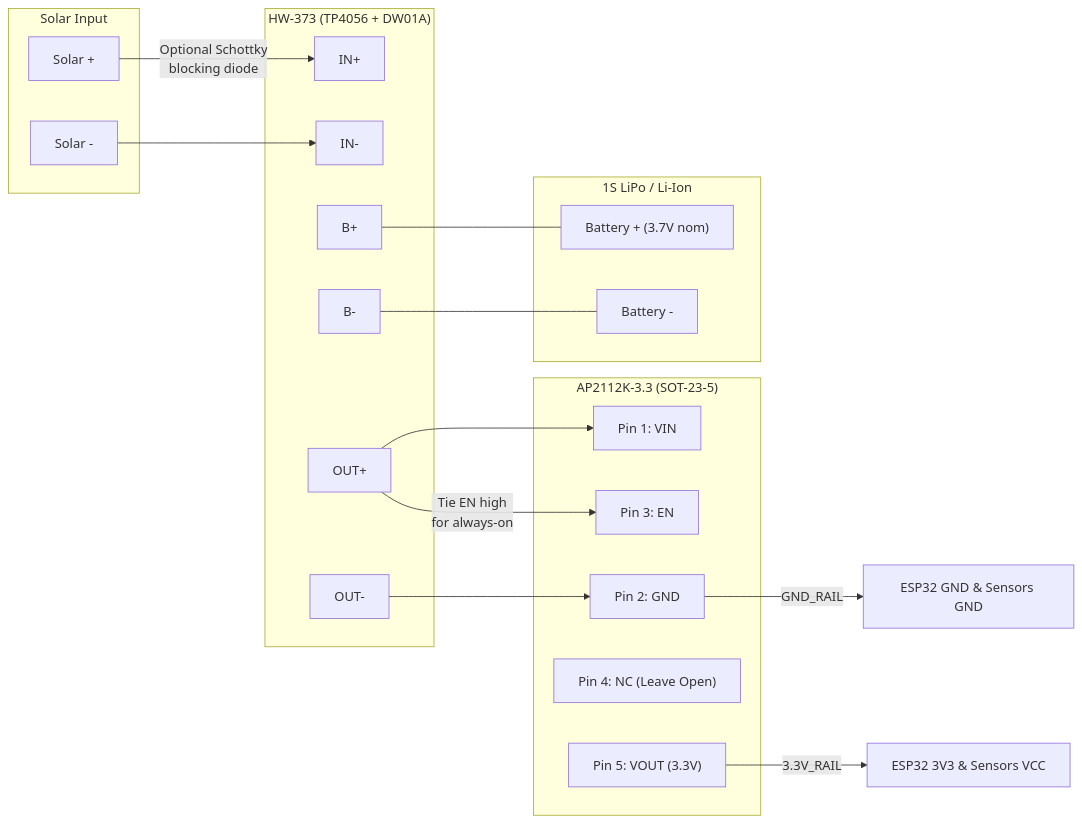
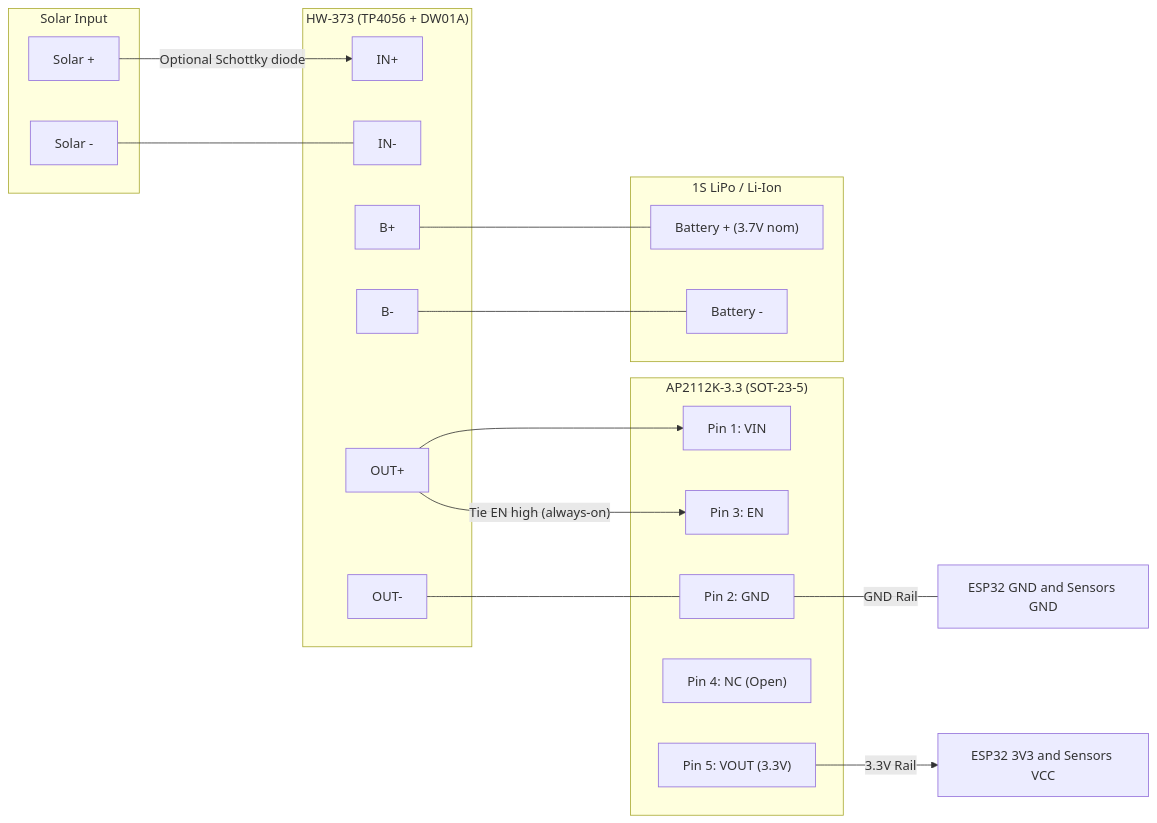
Before and after one commit to lisamzhr/G7_RPLProject_Menara: the second of 2 diagrams in docs/CIRCUIT.md, drawn with Mermaid. The commit also changed other lines of this file, not shown here.

Commit message:
docs: fix Mermaid syntax in CIRCUIT.md

````diff
--- a/docs/CIRCUIT.md
+++ b/docs/CIRCUIT.md
@@ -78,39 +78,39 @@
 ```mermaid
 flowchart LR
-    subgraph IN["Solar Input"]
+    subgraph SOLAR_IN["Solar Input"]
         SP_P["Solar +"]
         SP_N["Solar -"]
     end
 
     subgraph CHG["HW-373 (TP4056 + DW01A)"]
         INP["IN+"]
         INN["IN-"]
         BP["B+"]
         BM["B-"]
         OUTP["OUT+"]
         OUTM["OUT-"]
     end
 
     subgraph BAT["1S LiPo / Li-Ion"]
         B_P["Battery + (3.7V nom)"]
         B_N["Battery -"]
     end
 
     subgraph REG["AP2112K-3.3 (SOT-23-5)"]
         P1["Pin 1: VIN"]
         P2["Pin 2: GND"]
         P3["Pin 3: EN"]
-        P4["Pin 4: NC (Leave Open)"]
+        P4["Pin 4: NC (Open)"]
         P5["Pin 5: VOUT (3.3V)"]
     end
 
-    SP_P -->|"Optional Schottky<br/>blocking diode"| INP
-    SP_N --> INN
+    SP_P -->|"Optional Schottky diode"| INP
+    SP_N --- INN
     BP --- B_P
     BM --- B_N
     OUTP --> P1
-    OUTP -->|"Tie EN high<br/>for always-on"| P3
-    OUTM --> P2
-    P5 -->|"3.3V_RAIL"| V33["ESP32 3V3 & Sensors VCC"]
-    P2 -->|"GND_RAIL"| GND["ESP32 GND & Sensors GND"]
+    OUTP -->|"Tie EN high (always-on)"| P3
+    OUTM --- P2
+    P5 -->|"3.3V Rail"| V33["ESP32 3V3 and Sensors VCC"]
+    P2 ---|"GND Rail"| GND_NET["ESP32 GND and Sensors GND"]
 ```
````
